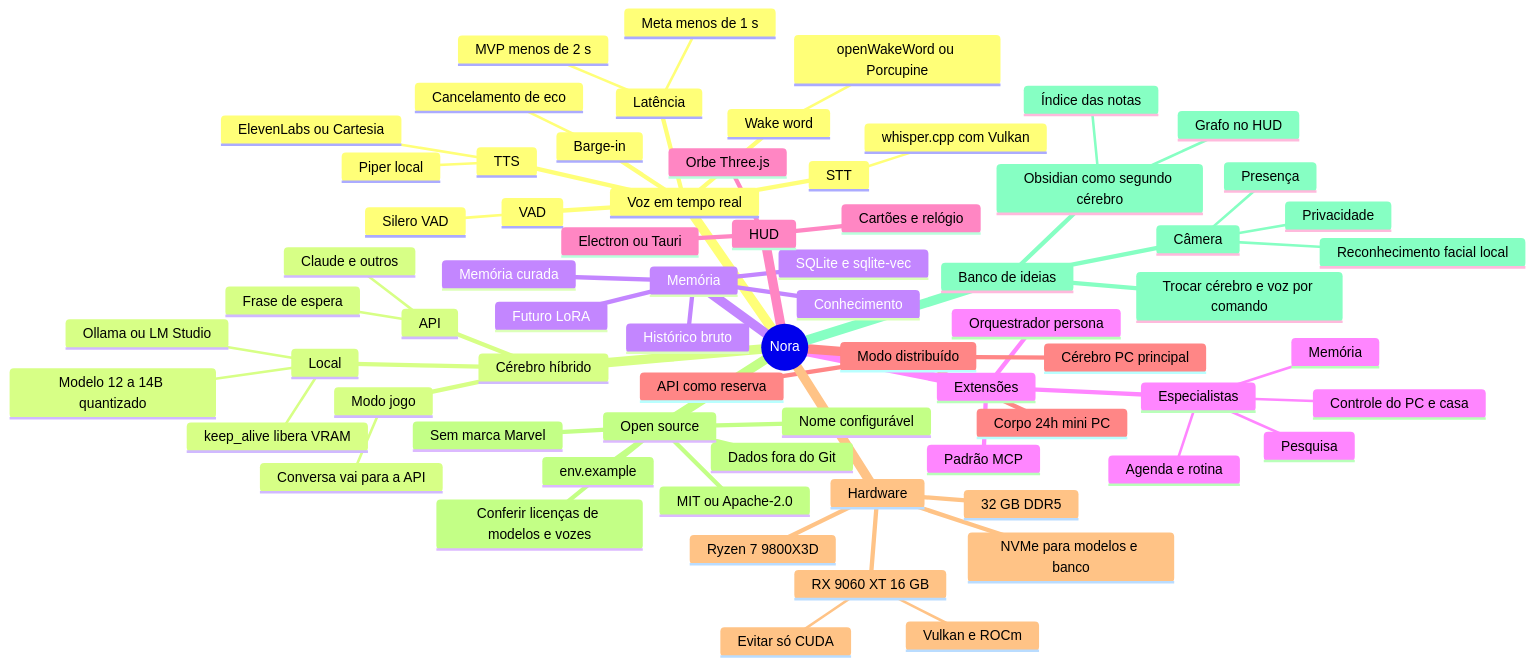
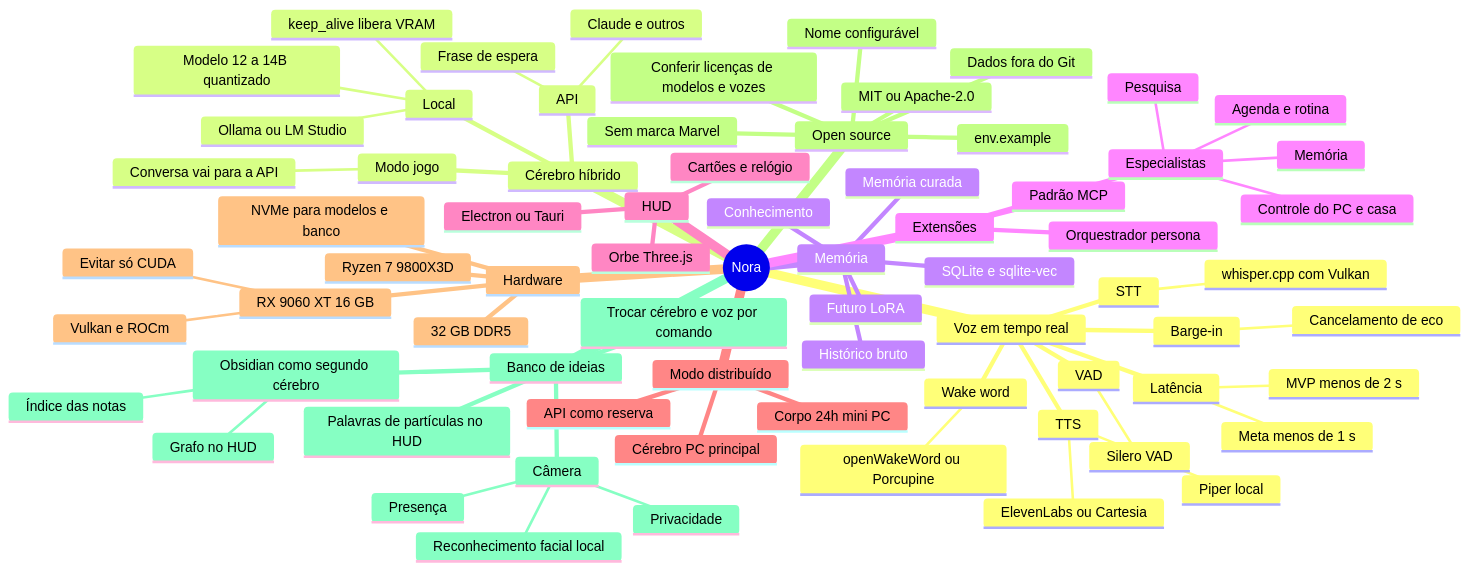
The first of 4 diagrams in docs/MAPA_MENTAL.md (Gabitoprof/Nora), drawn with Mermaid before and after one commit. The commit also changed 11 other files, not shown here.

````diff
--- a/docs/MAPA_MENTAL.md
+++ b/docs/MAPA_MENTAL.md
@@ -17,74 +17,75 @@
 ```mermaid
 mindmap
   root((Nora))
     Voz em tempo real
       Wake word
         openWakeWord ou Porcupine
       VAD
         Silero VAD
       STT
         whisper.cpp com Vulkan
       TTS
         Piper local
         ElevenLabs ou Cartesia
       Barge-in
         Cancelamento de eco
       Latência
         Meta menos de 1 s
         MVP menos de 2 s
     Cérebro híbrido
       Local
         Ollama ou LM Studio
         Modelo 12 a 14B quantizado
         keep_alive libera VRAM
       API
         Claude e outros
         Frase de espera
       Modo jogo
         Conversa vai para a API
     Memória
       SQLite e sqlite-vec
       Histórico bruto
       Memória curada
       Conhecimento
       Futuro LoRA
     Extensões
       Padrão MCP
       Orquestrador persona
       Especialistas
         Agenda e rotina
         Pesquisa
         Controle do PC e casa
         Memória
     HUD
       Electron ou Tauri
       Orbe Three.js
       Cartões e relógio
     Modo distribuído
       Corpo 24h mini PC
       Cérebro PC principal
       API como reserva
     Hardware
       RX 9060 XT 16 GB
         Vulkan e ROCm
         Evitar só CUDA
       Ryzen 7 9800X3D
       32 GB DDR5
       NVMe para modelos e banco
     Open source
       Dados fora do Git
       env.example
       Sem marca Marvel
       Nome configurável
       MIT ou Apache-2.0
       Conferir licenças de modelos e vozes
     Banco de ideias
       Câmera
         Presença
         Reconhecimento facial local
         Privacidade
       Obsidian como segundo cérebro
         Índice das notas
         Grafo no HUD
       Trocar cérebro e voz por comando
+      Palavras de partículas no HUD
 ```
````
